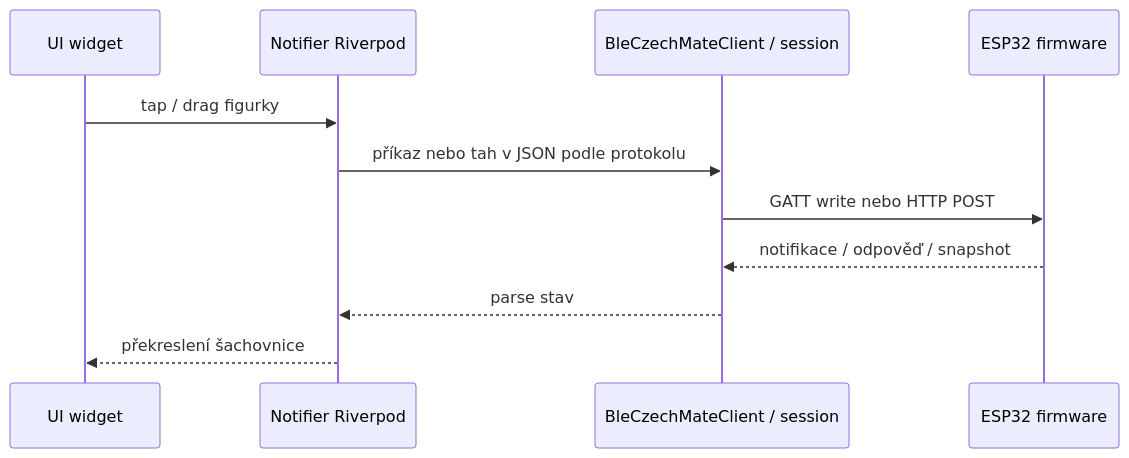
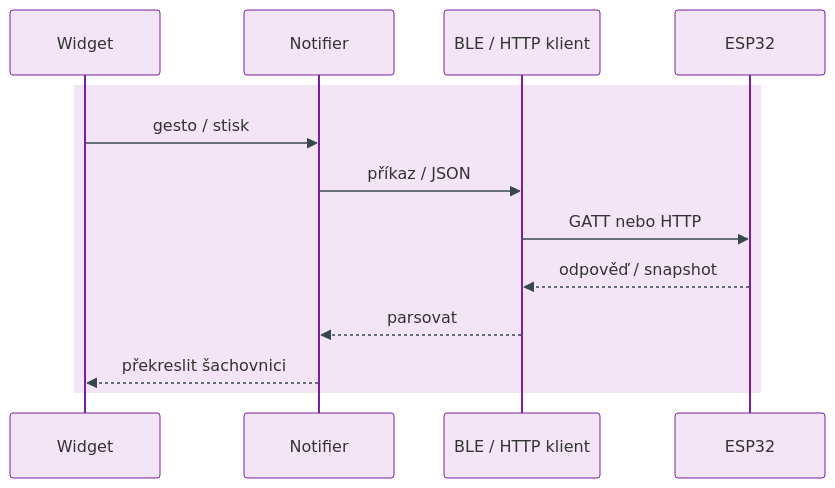
The second of 5 diagrams in docs/flutter/README.md (AlfredKrutina/chess_esp32_c6_devkit), drawn with Mermaid before and after one commit. The commit also changed other lines of this file and 29 other files, not shown here.

First line of the commit message:
docs: barevné Mermaid SVG, LED + Flutter vrstvy, lokální backlog

````diff
--- a/docs/flutter/README.md
+++ b/docs/flutter/README.md
@@ -46,13 +67,16 @@
 ```mermaid
+%%{init: {'theme':'base', 'themeVariables': {'actorBkg':'#f3e5f5','actorBorder':'#7b1fa2','signalColor':'#37474f'}}}%%
 sequenceDiagram
-  participant U as UI widget
-  participant N as Notifier Riverpod
-  participant BLE as BleCzechMateClient / session
-  participant D as ESP32 firmware
-  U->>N: tap / drag figurky
-  N->>BLE: příkaz nebo tah v JSON podle protokolu
-  BLE->>D: GATT write nebo HTTP POST
-  D-->>BLE: notifikace / odpověď / snapshot
-  BLE-->>N: parse stav
-  N-->>U: překreslení šachovnice
+  rect rgb(243, 229, 245)
+    participant W as Widget
+    participant N as Notifier
+    participant X as BLE / HTTP klient
+    participant D as ESP32
+    W->>N: gesto / stisk
+    N->>X: příkaz / JSON
+    X->>D: GATT nebo HTTP
+    D-->>X: odpověď / snapshot
+    X-->>N: parsovat
+    N-->>W: překreslit šachovnici
+  end
 ```
````
